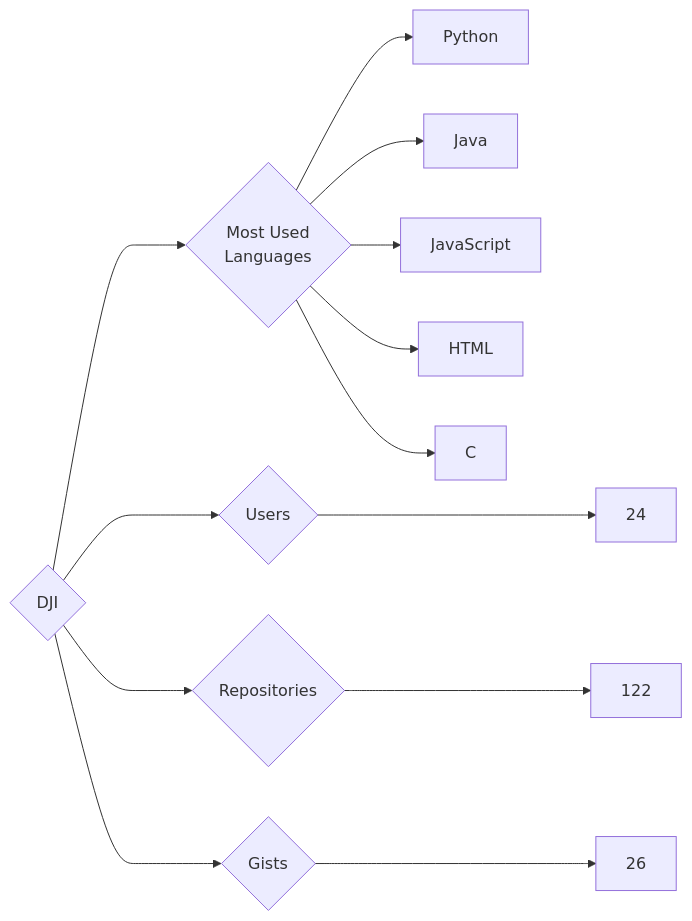
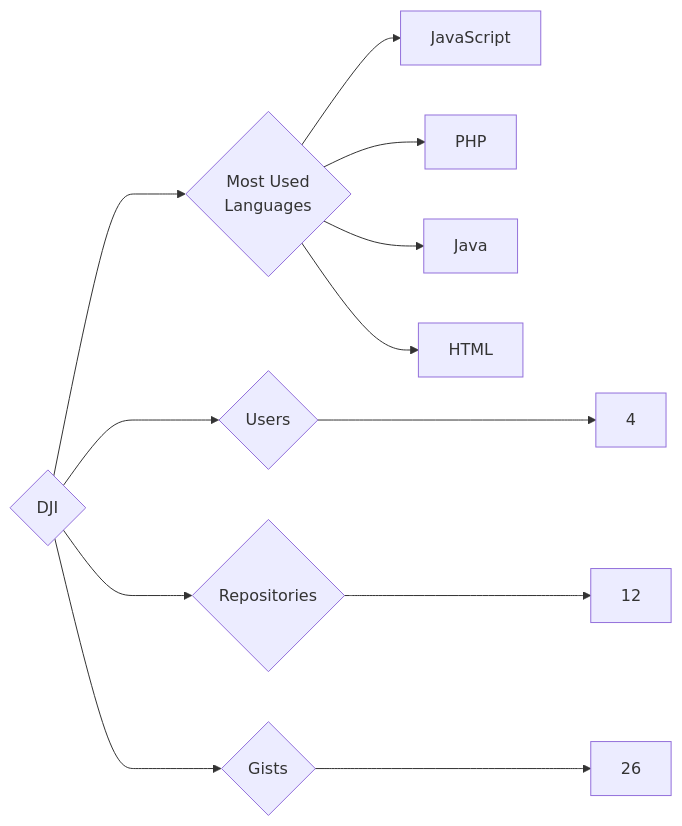
The diagram in targets/DJI/README.md (trickest/insiders), drawn with Mermaid before and after one commit. The commit also changed 676 other files, not shown here.

````diff
--- a/targets/DJI/README.md
+++ b/targets/DJI/README.md
@@ -3,13 +3,12 @@
 ```mermaid
 graph LR
 COMPANY_NAME{DJI}
-COMPANY_NAME ---> U{Users} ---> UN[24]
-COMPANY_NAME ---> R{Repositories} ---> RN[122]
+COMPANY_NAME ---> U{Users} ---> UN[4]
+COMPANY_NAME ---> R{Repositories} ---> RN[12]
 COMPANY_NAME ---> G{Gists} ---> GN[26]
 COMPANY_NAME ---> ML{Most Used<br>Languages}
-ML --> Python[Python]
+ML --> JavaScript[JavaScript]
+ML --> PHP[PHP]
 ML --> Java[Java]
-ML --> JavaScript[JavaScript]
 ML --> HTML[HTML]
-ML --> C[C]
 ```
````
